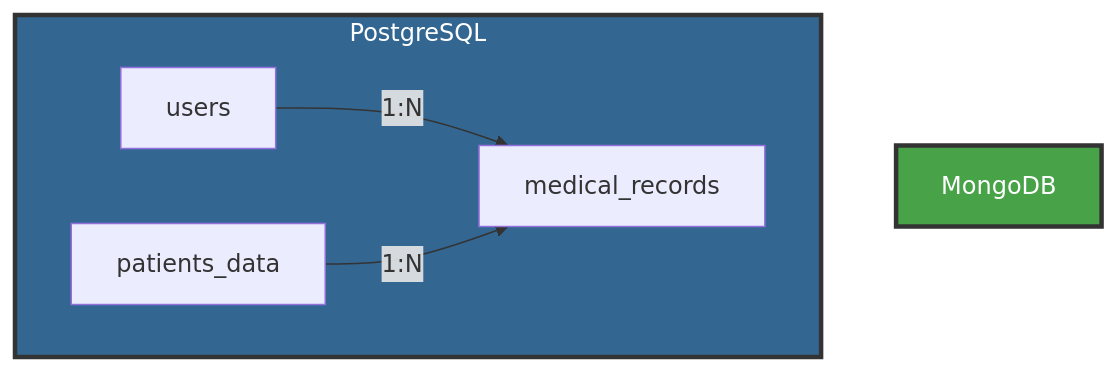
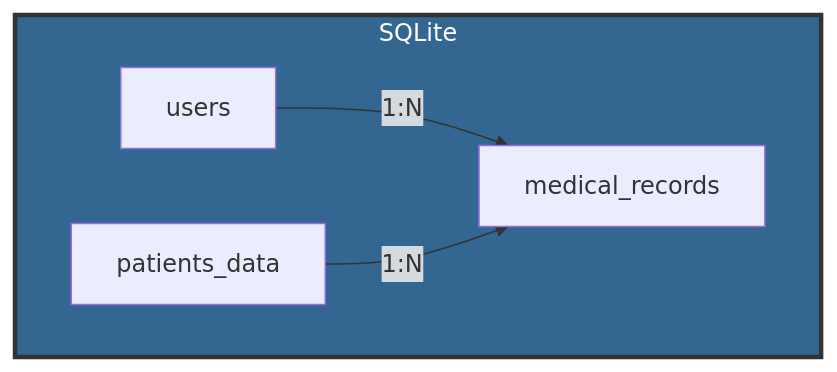
One commit to dIAgnoseTeam/dIAgnose changed the fourth of 5 diagrams in README.md. Above: the diagram before and after it, drawn with Mermaid. The commit also changed other lines of this file, not shown here.

````diff
--- a/README.md
+++ b/README.md
@@ -117,14 +111,13 @@
 ```mermaid
 graph TB
-    subgraph PostgreSQL["PostgreSQL"]
+    subgraph SQLite["SQLite"]
         Users[users]
         Patients_data[patients_data]
         Records[medical_records]
     end
 
     Users -->|1:N| Records
     Patients_data -->|1:N| Records
 
-    style PostgreSQL fill:#336791,stroke:#333,stroke-width:3px,color:#fff
-    style MongoDB fill:#47a248,stroke:#333,stroke-width:3px,color:#fff
+    style SQLite fill:#336791,stroke:#333,stroke-width:3px,color:#fff
 ```
````
